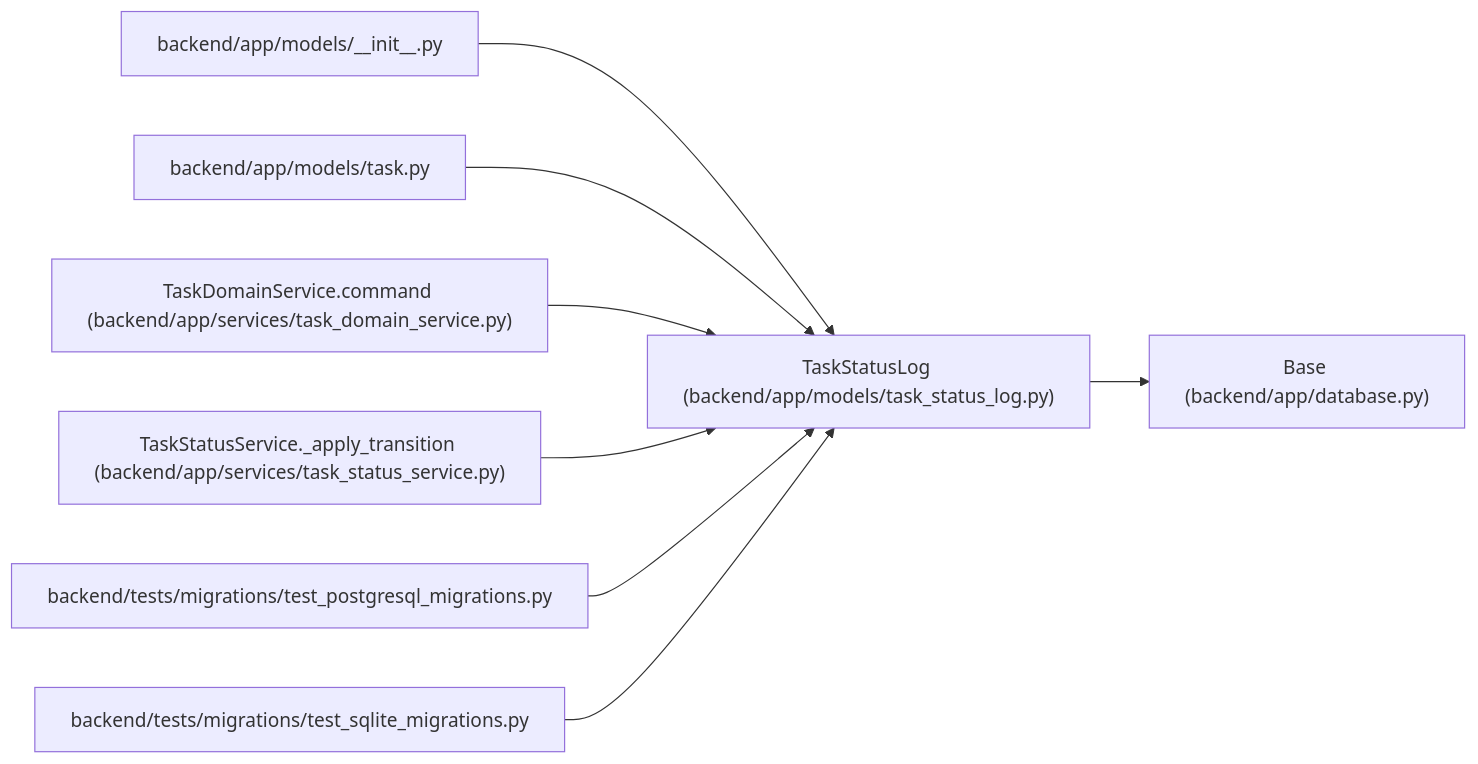
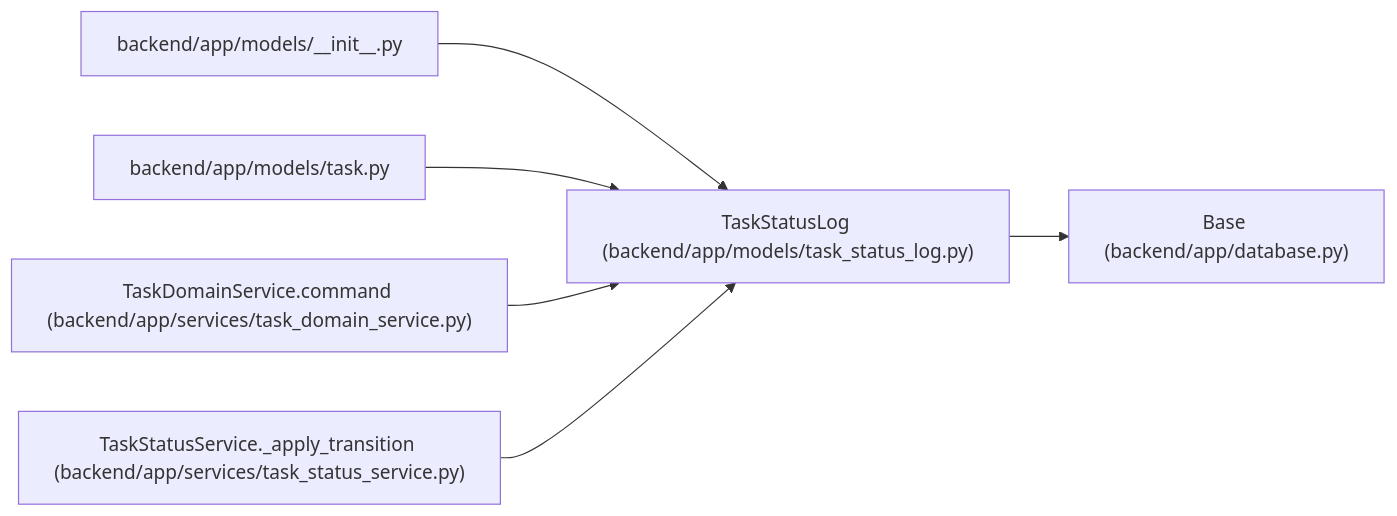
The diagram in docs/llm_wiki/entities/task_status_log_TaskStatusLog.md (Denissvgn/WorkChord), drawn with Mermaid before and after one commit. The commit also changed other lines of this file and 778 other files, not shown here.

````diff
--- a/docs/llm_wiki/entities/task_status_log_TaskStatusLog.md
+++ b/docs/llm_wiki/entities/task_status_log_TaskStatusLog.md
@@ -35,26 +35,20 @@
 ```mermaid
 flowchart LR
     n0["TaskStatusLog (backend/app/models/task_status_log.py)"]
     n1["Base (backend/app/database.py)"]
     n2["backend/app/models/__init__.py"]
     n3["backend/app/models/task.py"]
     n4["TaskDomainService.command (backend/app/services/task_domain_service.py)"]
     n5["TaskStatusService._apply_transition (backend/app/services/task_status_service.py)"]
-    n6["backend/tests/migrations/test_postgresql_migrations.py"]
-    n7["backend/tests/migrations/test_sqlite_migrations.py"]
     n0 --> n1
     n2 --> n0
     n3 --> n0
     n4 --> n0
     n5 --> n0
-    n6 --> n0
-    n7 --> n0
     click n0 "../modules/task_status_log.md"
     click n1 "../modules/app_database.md"
     click n2 "../modules/models___init__.md"
     click n3 "../modules/models_task.md"
     click n4 "../modules/task_domain_service.md"
     click n5 "../modules/task_status_service.md"
-    click n6 "../modules/test_postgresql_migrations.md"
-    click n7 "../modules/test_sqlite_migrations.md"
 ```
````
